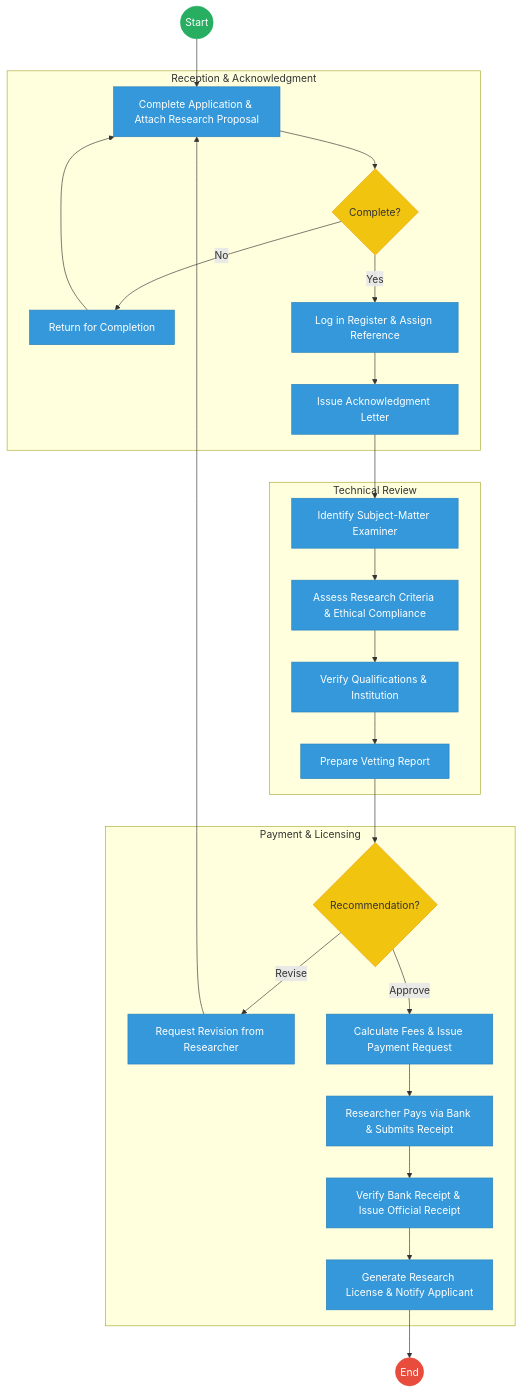
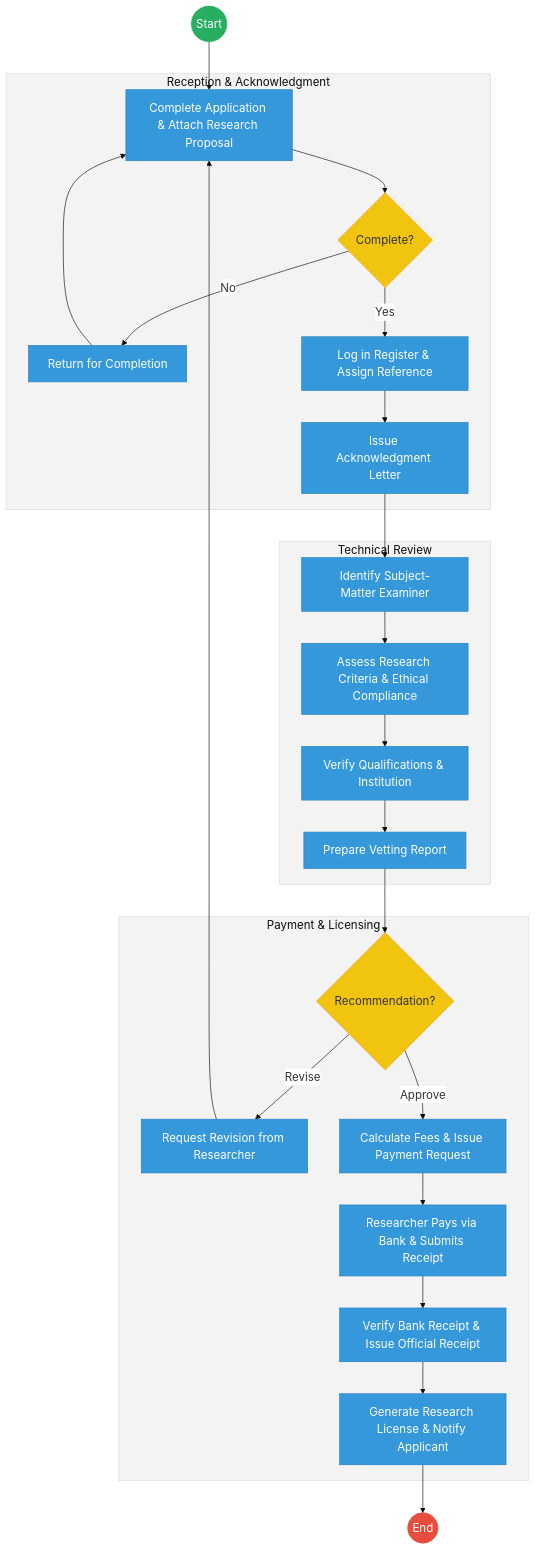
The first of 2 diagrams in mdas/docs_final/priority_mdas/National_Commission_For_Science_Technology_and_Innovation___Service_Delivery.md (BITZ-IT-Consulting-LTD/ictapoc), drawn with Mermaid before and after one commit. The commit also changed other lines of this file and 139 other files, not shown here.

````diff
--- a/mdas/docs_final/priority_mdas/National_Commission_For_Science_Technology_and_Innovation___Service_Delivery.md
+++ b/mdas/docs_final/priority_mdas/National_Commission_For_Science_Technology_and_Innovation___Service_Delivery.md
@@ -21,44 +24,45 @@
 ```mermaid
+%%{init: { 'theme': 'base', 'themeVariables': { 'fontSize': '18px', 'fontFamily': 'Inter, system-ui, sans-serif', 'primaryColor': '#ffffff', 'edgeLabelBackground':'#ffffff', 'tertiaryColor': '#f3f3f3', 'mainBkg': '#ffffff', 'nodeBorder': '#333333' } } }%%
 graph TD
     Start((Start)) --> Submit["Complete Application & Attach Research Proposal"]
     
     subgraph Intake["Reception & Acknowledgment"]
         Submit --> Comp{"Complete?"}
         Comp -- "No" --> Return["Return for Completion"]
         Return --> Submit
         
         Comp -- "Yes" --> Log["Log in Register & Assign Reference"]
         Log --> Acknowledge["Issue Acknowledgment Letter"]
     end
     
     subgraph Vetting["Technical Review"]
         Acknowledge --> Identify["Identify Subject-Matter Examiner"]
         Identify --> Assess["Assess Research Criteria & Ethical Compliance"]
         Assess --> Verify["Verify Qualifications & Institution"]
         Verify --> Report["Prepare Vetting Report"]
     end
     
     subgraph Approval["Payment & Licensing"]
         Report --> Recommend{"Recommendation?"}
         
         Recommend -- "Revise" --> ReqRev["Request Revision from Researcher"]
         ReqRev --> Submit
         
         Recommend -- "Approve" --> PayReq["Calculate Fees & Issue Payment Request"]
         PayReq --> ResearcherPay["Researcher Pays via Bank & Submits Receipt"]
         
         ResearcherPay --> VerifyPay["Verify Bank Receipt & Issue Official Receipt"]
         VerifyPay --> GenLicense["Generate Research License & Notify Applicant"]
     end
     
     GenLicense --> End((End))
 
     classDef start fill:#27ae60,stroke:#27ae60,color:#fff;
     classDef endNode fill:#e74c3c,stroke:#e74c3c,color:#fff;
     classDef userTask fill:#3498db,stroke:#2980b9,color:#fff;
     classDef gateway fill:#f1c40f,stroke:#f39c12,color:#333;
     class Start start;
     class End endNode;
     class Comp,Recommend gateway;
     class Submit,Return,Log,Acknowledge,Identify,Assess,Verify,Report,ReqRev,PayReq,ResearcherPay,VerifyPay,GenLicense userTask;
 ```
````
